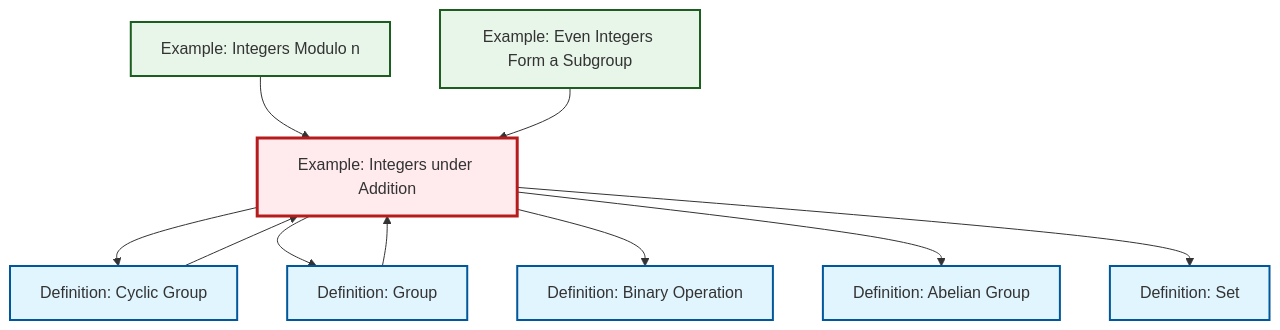
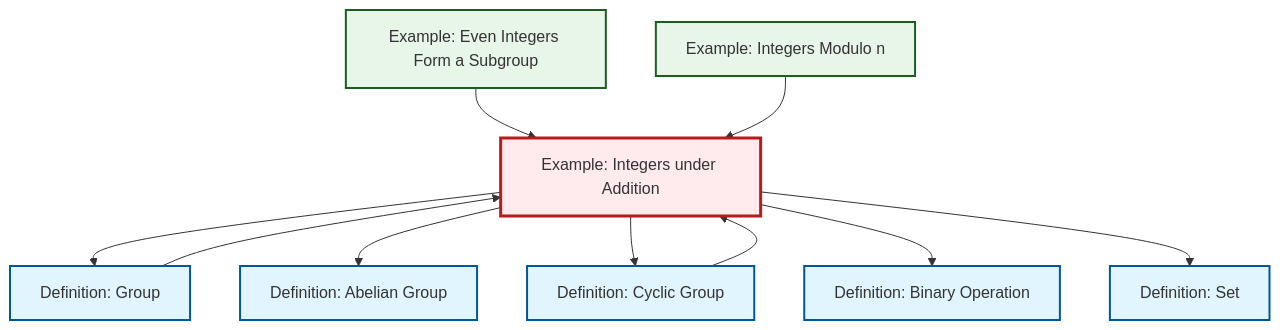
One commit to RK0429/ModernMath changed the diagram in content/ja/algebra/ex-integers-addition.qmd. Above: the diagram before and after it, drawn with Mermaid. The commit also changed other lines of this file and 581 other files, not shown here.

````diff
--- a/content/ja/algebra/ex-integers-addition.qmd
+++ b/content/ja/algebra/ex-integers-addition.qmd
@@ -74,34 +74,34 @@
 ```{mermaid}
 %%| fig-cap: "Local dependency graph"
 graph TD
     classDef definition fill:#e1f5fe,stroke:#01579b,stroke-width:2px
     classDef theorem fill:#f3e5f5,stroke:#4a148c,stroke-width:2px
     classDef axiom fill:#fff3e0,stroke:#e65100,stroke-width:2px
     classDef example fill:#e8f5e9,stroke:#1b5e20,stroke-width:2px
     classDef current fill:#ffebee,stroke:#b71c1c,stroke-width:3px
-    ex-even-integers-subgroup["Example: Even Integers Form a Subgroup"]:::example
+    def-binary-operation["Definition: Binary Operation"]:::definition
+    ex-integers-addition["Example: Integers under Addition"]:::example
     def-abelian-group["Definition: Abelian Group"]:::definition
-    ex-quotient-integers-mod-n["Example: Integers Modulo n"]:::example
-    ex-integers-addition["Example: Integers under Addition"]:::example
     def-cyclic-group["Definition: Cyclic Group"]:::definition
     def-group["Definition: Group"]:::definition
-    def-binary-operation["Definition: Binary Operation"]:::definition
     def-set["Definition: Set"]:::definition
+    ex-even-integers-subgroup["Example: Even Integers Form a Subgroup"]:::example
+    ex-quotient-integers-mod-n["Example: Integers Modulo n"]:::example
+    ex-even-integers-subgroup --> ex-integers-addition
+    ex-integers-addition --> def-group
+    ex-integers-addition --> def-abelian-group
     ex-integers-addition --> def-cyclic-group
+    def-cyclic-group --> ex-integers-addition
     def-group --> ex-integers-addition
+    ex-integers-addition --> def-binary-operation
+    ex-integers-addition --> def-set
     ex-quotient-integers-mod-n --> ex-integers-addition
-    ex-integers-addition --> def-group
-    ex-integers-addition --> def-binary-operation
-    ex-integers-addition --> def-abelian-group
-    def-cyclic-group --> ex-integers-addition
-    ex-even-integers-subgroup --> ex-integers-addition
-    ex-integers-addition --> def-set
     class ex-integers-addition current
-    click ex-even-integers-subgroup "ex-even-integers-subgroup.html" "Example: Even Integers Form a Subgroupへ"
+    click def-binary-operation "def-binary-operation.html" "Definition: Binary Operationへ"
     click def-abelian-group "def-abelian-group.html" "Definition: Abelian Groupへ"
-    click ex-quotient-integers-mod-n "ex-quotient-integers-mod-n.html" "Example: Integers Modulo nへ"
     click def-cyclic-group "def-cyclic-group.html" "Definition: Cyclic Groupへ"
     click def-group "def-group.html" "Definition: Groupへ"
-    click def-binary-operation "def-binary-operation.html" "Definition: Binary Operationへ"
     click def-set "def-set.html" "Definition: Setへ"
+    click ex-even-integers-subgroup "ex-even-integers-subgroup.html" "Example: Even Integers Form a Subgroupへ"
+    click ex-quotient-integers-mod-n "ex-quotient-integers-mod-n.html" "Example: Integers Modulo nへ"
 ```
````
